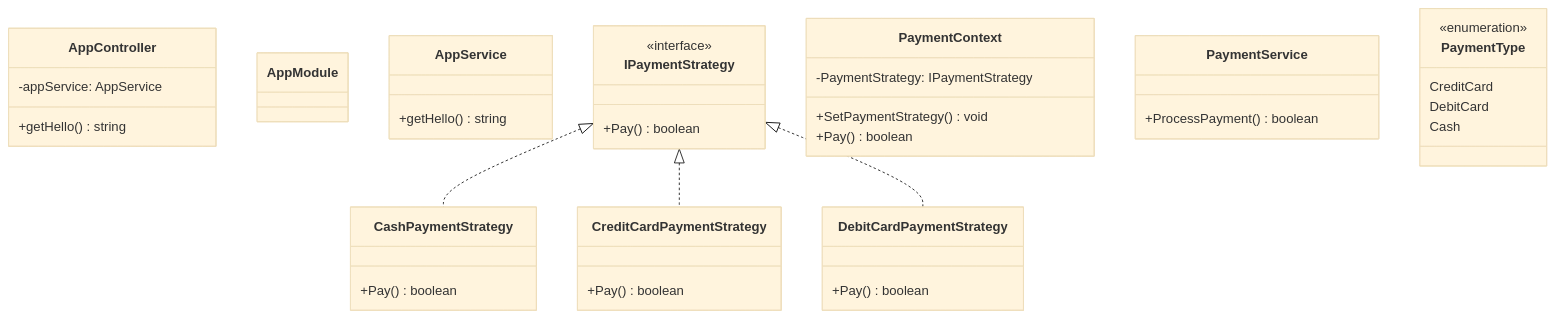
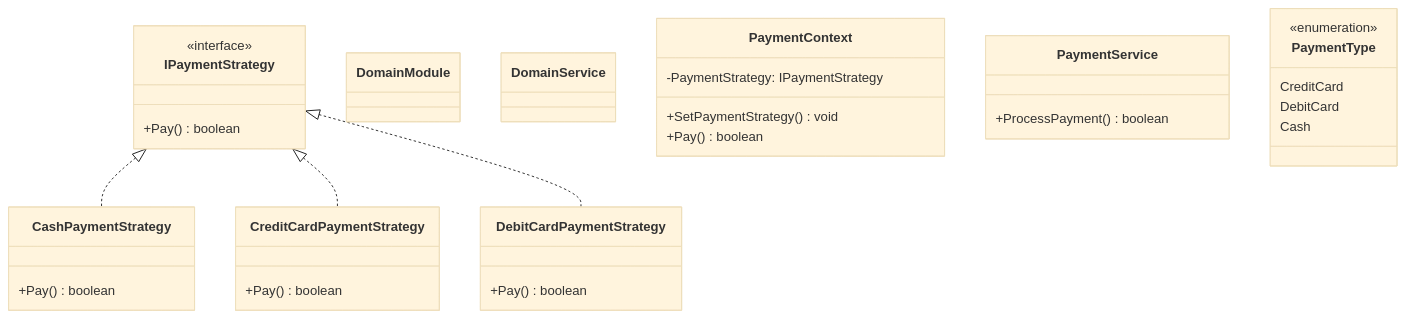
Before and after one commit to UPT-FAING-EPIS/lab-2025-ii-pds-u2-03-nest-CMirianG: the diagram in payment/class_diagram.md, drawn with Mermaid (base theme). The commit also changed other lines of this file and 11499 other files, not shown here.

````diff
--- a/payment/class_diagram.md
+++ b/payment/class_diagram.md
@@ -1,52 +3,50 @@
-```mermaid
+ ```mermaid
 classDiagram
 
 
-class AppController{
-            -appService: AppService
-            +getHello() string
-        }
-class AppModule{
-            
-            
-        }
-class AppService{
-            
-            +getHello() string
-        }
 class CashPaymentStrategy{
             
             +Pay() boolean
         }
 IPaymentStrategy<|..CashPaymentStrategy
 class CreditCardPaymentStrategy{
             
             +Pay() boolean
         }
 IPaymentStrategy<|..CreditCardPaymentStrategy
 class DebitCardPaymentStrategy{
             
             +Pay() boolean
         }
 IPaymentStrategy<|..DebitCardPaymentStrategy
+class DomainModule{
+            
+            
+        }
+class DomainService{
+            
+            
+        }
 class IPaymentStrategy {
             <<interface>>
             
             +Pay() boolean
         }
 class PaymentContext{
             -PaymentStrategy: IPaymentStrategy
             +SetPaymentStrategy() void
 +Pay() boolean
         }
 class PaymentService{
             
             +ProcessPayment() boolean
         }
 class PaymentType {
         <<enumeration>>
         CreditCard
 DebitCard
 Cash
       }
+
+
 ```
````
